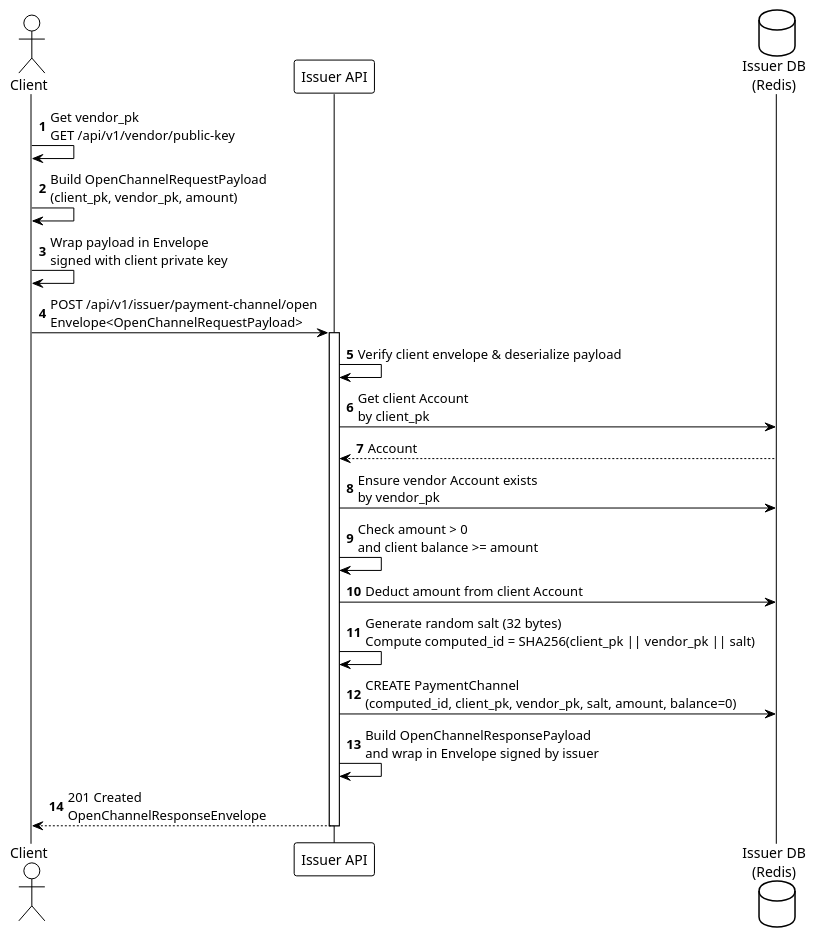
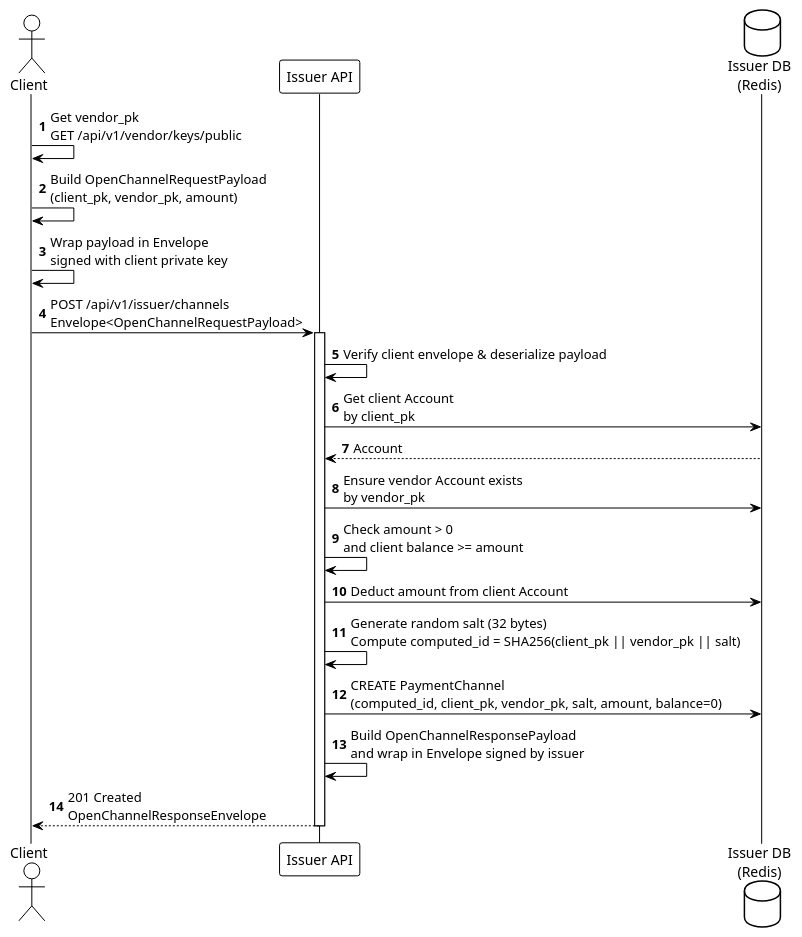
Before and after one commit to otaviootavio/nanomoni: the diagram in umls/phase1b-channel-opening.puml, drawn with PlantUML. The commit also changed 14 other files, not shown here.

First line of the commit message:
Refactor API endpoints and payment handling for improved clarity and functionality

```diff
--- a/umls/phase1b-channel-opening.puml
+++ b/umls/phase1b-channel-opening.puml
@@ -1,37 +1,37 @@
 @startuml Phase1b_Channel_Opening
 
 !theme plain
 autonumber
 
 actor "Client" as Client
 participant "Issuer API" as Issuer
 database "Issuer DB\n(Redis)" as IssuerDB
 
-Client -> Client: Get vendor_pk\nGET /api/v1/vendor/public-key
+Client -> Client: Get vendor_pk\nGET /api/v1/vendor/keys/public
 
 Client -> Client: Build OpenChannelRequestPayload\n(client_pk, vendor_pk, amount)
 Client -> Client: Wrap payload in Envelope\nsigned with client private key
 
-Client -> Issuer: POST /api/v1/issuer/payment-channel/open\nEnvelope<OpenChannelRequestPayload>
+Client -> Issuer: POST /api/v1/issuer/channels\nEnvelope<OpenChannelRequestPayload>
 activate Issuer
 
 Issuer -> Issuer: Verify client envelope & deserialize payload
 
 
 Issuer -> IssuerDB: Get client Account\nby client_pk
 IssuerDB --> Issuer: Account
 
 Issuer -> IssuerDB: Ensure vendor Account exists\nby vendor_pk
 
 Issuer -> Issuer: Check amount > 0\nand client balance >= amount
 Issuer -> IssuerDB: Deduct amount from client Account
 
 Issuer -> Issuer: Generate random salt (32 bytes)\nCompute computed_id = SHA256(client_pk || vendor_pk || salt)
 Issuer -> IssuerDB: CREATE PaymentChannel\n(computed_id, client_pk, vendor_pk, salt, amount, balance=0)
 
 Issuer -> Issuer: Build OpenChannelResponsePayload\nand wrap in Envelope signed by issuer
 
 Issuer --> Client: 201 Created\nOpenChannelResponseEnvelope
 deactivate Issuer
 
 @enduml
```
